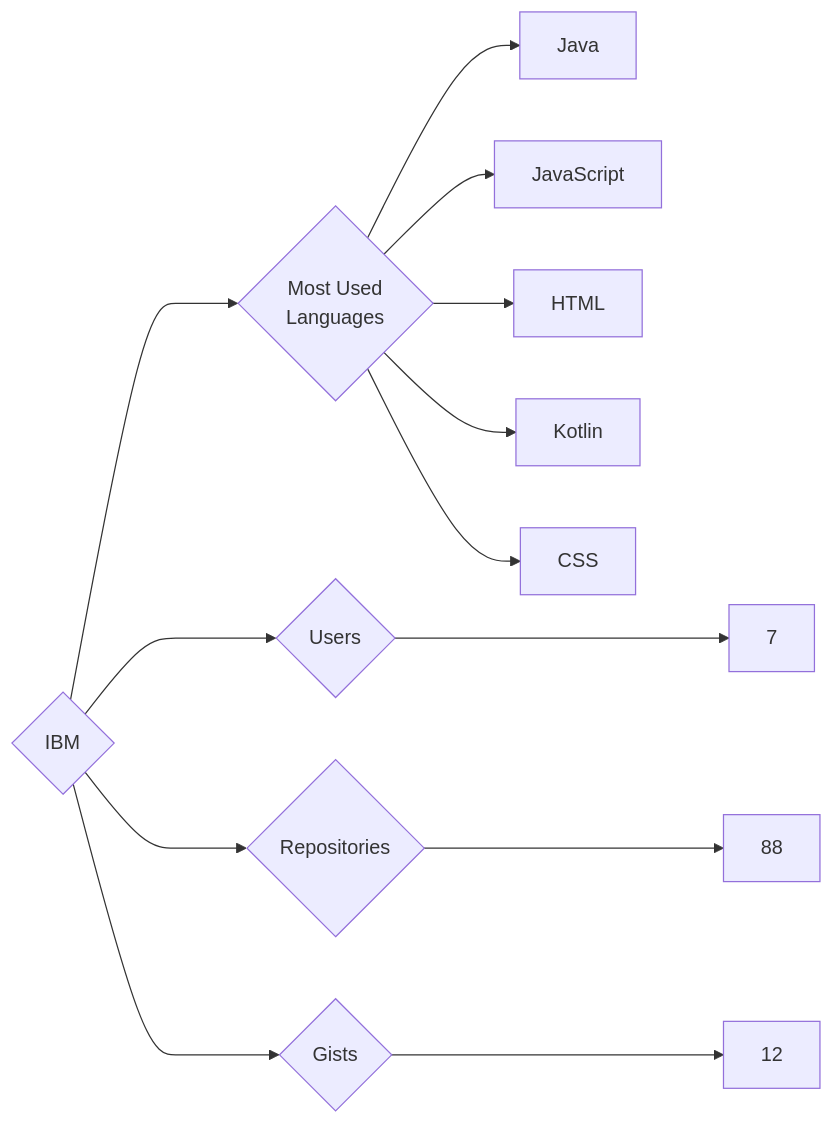
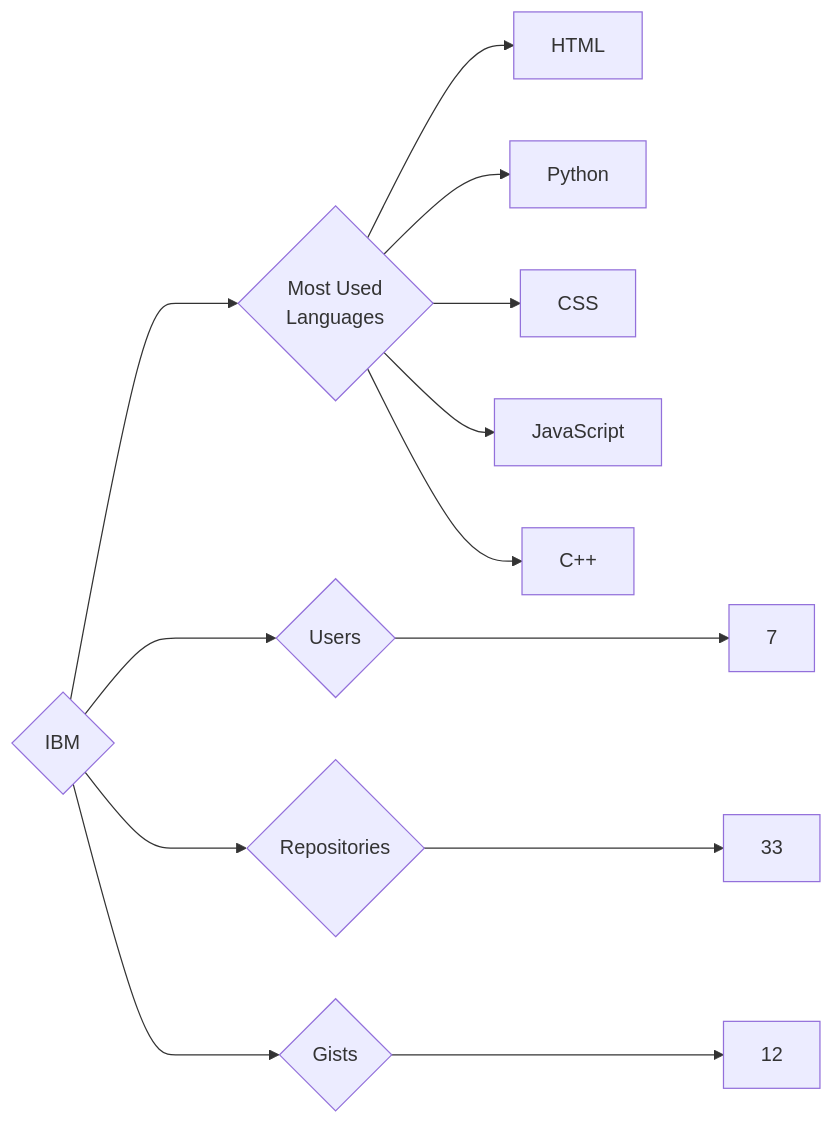
One commit to trickest/insiders changed the diagram in targets/IBM/README.md. Above: the diagram before and after it, drawn with Mermaid. The commit also changed 993 other files, not shown here.

````diff
--- a/targets/IBM/README.md
+++ b/targets/IBM/README.md
@@ -3,13 +3,13 @@
 ```mermaid
 graph LR
 COMPANY_NAME{IBM}
 COMPANY_NAME ---> U{Users} ---> UN[7]
-COMPANY_NAME ---> R{Repositories} ---> RN[88]
+COMPANY_NAME ---> R{Repositories} ---> RN[33]
 COMPANY_NAME ---> G{Gists} ---> GN[12]
 COMPANY_NAME ---> ML{Most Used<br>Languages}
-ML --> Java[Java]
+ML --> HTML[HTML]
+ML --> Python[Python]
+ML --> CSS[CSS]
 ML --> JavaScript[JavaScript]
-ML --> HTML[HTML]
-ML --> Kotlin[Kotlin]
-ML --> CSS[CSS]
+ML --> C++[C++]
 ```
````
